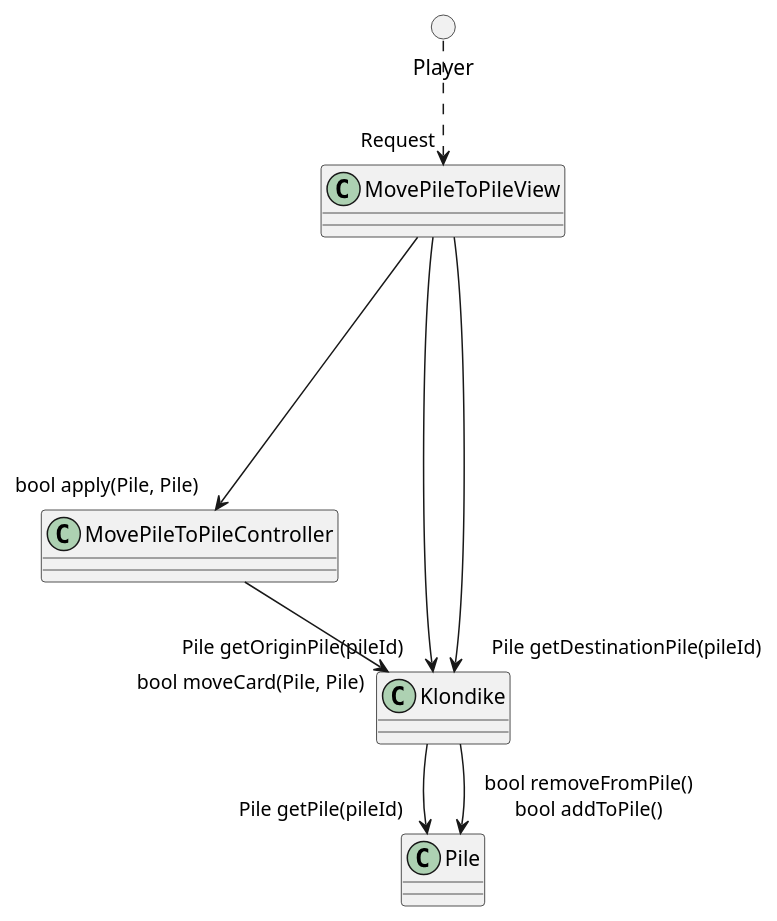
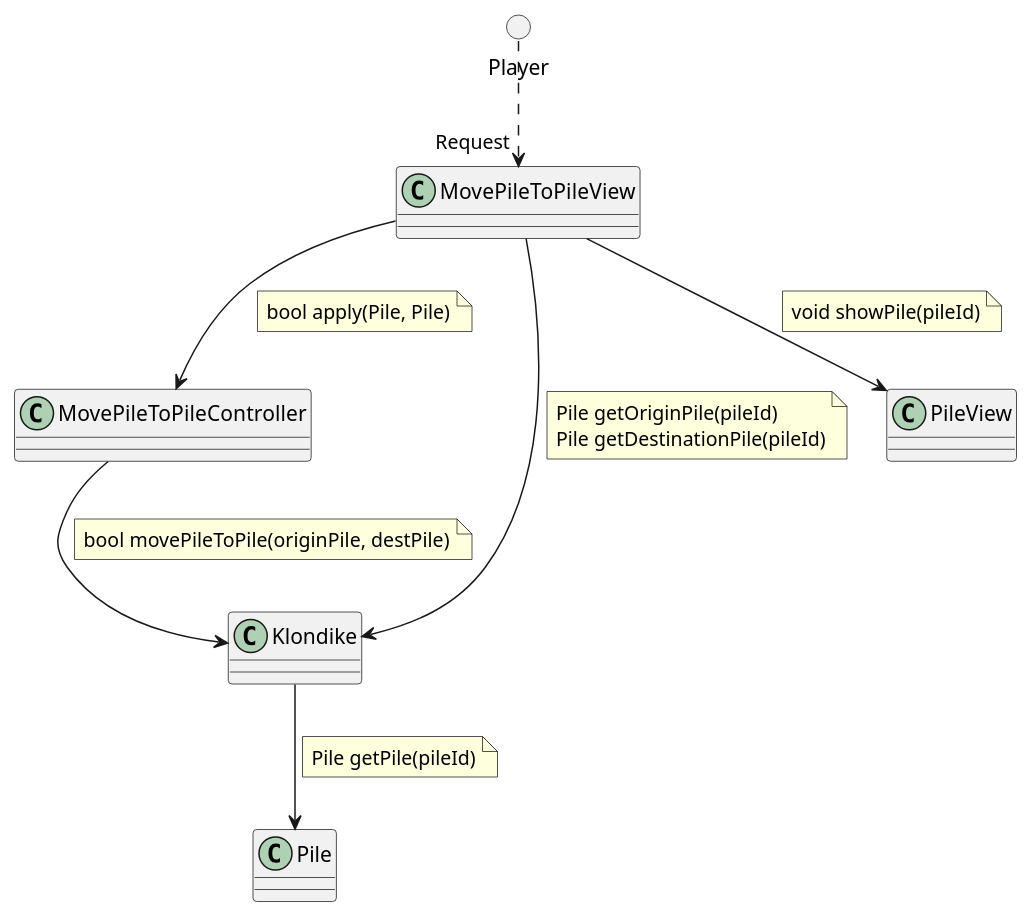
Before and after one commit to ciscoruiz/klondike: the diagram in analysis/collaboration/MovePileToPile.puml, drawn with PlantUML. The commit also changed 2 other files, not shown here.

Commit message:
Use "note on link" in diagrams and fix UserInterface file location

```diff
--- a/analysis/collaboration/MovePileToPile.puml
+++ b/analysis/collaboration/MovePileToPile.puml
@@ -1,18 +1,24 @@
 @startuml
 class MovePileToPileView
 class MovePileToPileController
 class Klondike
 class Pile
 circle Player
 
 Player ..> "Request" MovePileToPileView
 
-MovePileToPileView --> "Pile getOriginPile(pileId)" Klondike
-MovePileToPileView --> "Pile getDestinationPile(pileId)" Klondike
-Klondike --> "Pile getPile(pileId)" Pile
+MovePileToPileView --> MovePileToPileController
+note on link: bool apply(Pile, Pile)
 
-MovePileToPileView ----> "bool apply(Pile, Pile)" MovePileToPileController
+MovePileToPileController --> Klondike
+note on link: bool movePileToPile(originPile, destPile)
 
-MovePileToPileController --> "bool moveCard(Pile, Pile)" Klondike
-Klondike --> "bool removeFromPile()\nbool addToPile()" Pile
+MovePileToPileView --> Klondike
+note on link: Pile getOriginPile(pileId) \nPile getDestinationPile(pileId)
+
+MovePileToPileView --> PileView
+note on link: void showPile(pileId)
+
+Klondike --> Pile
+note on link: Pile getPile(pileId)
 @enduml
```
